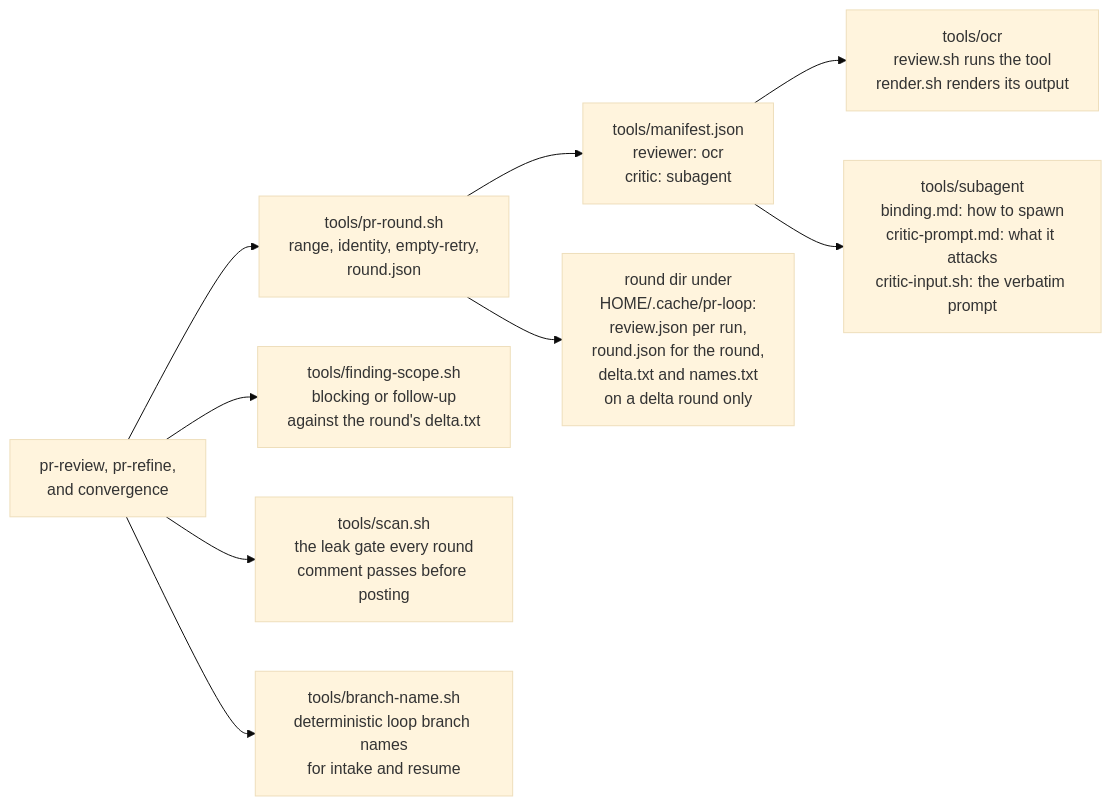
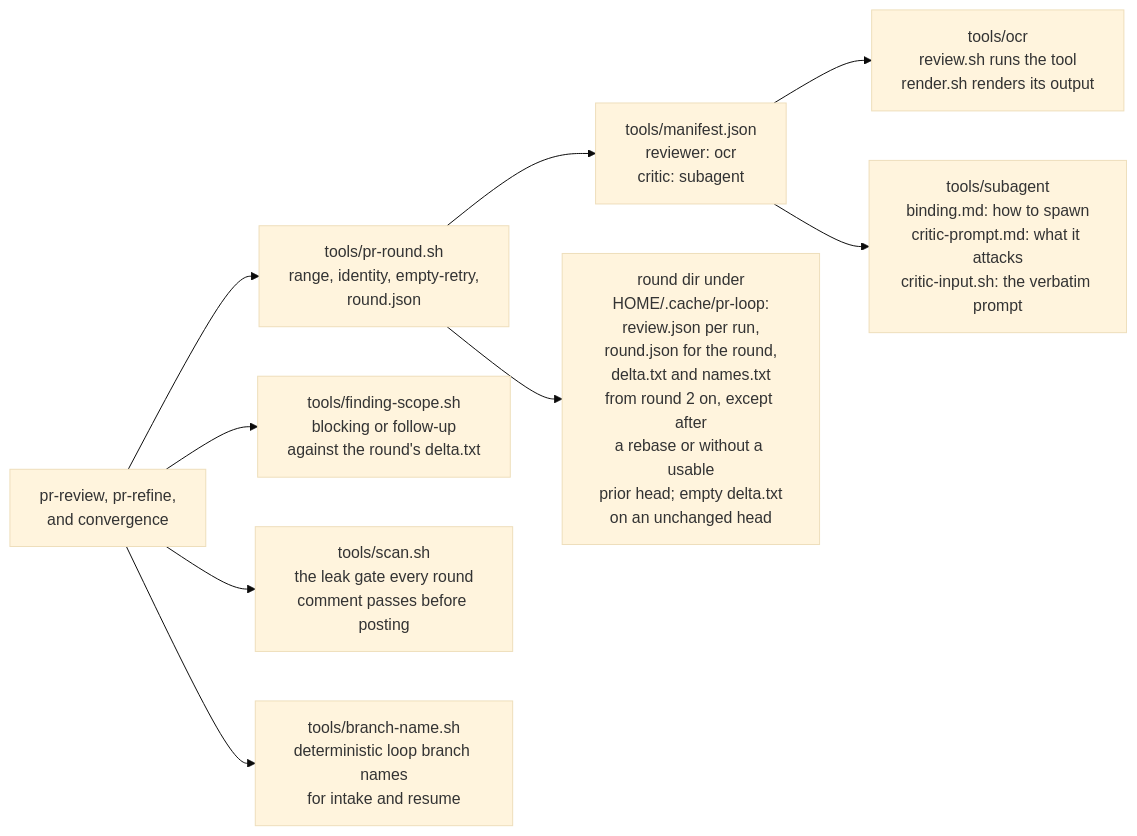
Before and after one commit to ryankanno/dotfiles: the second of 2 diagrams in dot_claude/skills/issue-to-pr/flow.md, drawn with Mermaid (base theme). The commit also changed 1 other file, not shown here.

Commit message:
docs(claude): say when a round writes delta.txt
Review round 2 on PR #42 found flow.md wrong: it said delta.txt and
names.txt exist on a delta round only, but an unchanged-head round
writes an empty delta.txt, and that empty file is what makes its
findings read as reviewed. The pr-round.sh header made the same claim.
Both now say the files exist from round 2 on, except after a rebase or
without a usable prior head, with an empty delta.txt on an unchanged
head.

Claude-Session: https://claude.ai/code/session_01MhPLxv51FfhsuWHY2W8QLA

````diff
--- a/dot_claude/skills/issue-to-pr/flow.md
+++ b/dot_claude/skills/issue-to-pr/flow.md
@@ -79,11 +79,11 @@
 ```mermaid
 flowchart LR
     S["pr-review, pr-refine,<br/>and convergence"] --> P["tools/pr-round.sh<br/>range, identity, empty-retry,<br/>round.json"]
     P --> M["tools/manifest.json<br/>reviewer: ocr<br/>critic: subagent"]
     S --> FS["tools/finding-scope.sh<br/>blocking or follow-up<br/>against the round's delta.txt"]
     M --> R["tools/ocr<br/>review.sh runs the tool<br/>render.sh renders its output"]
     M --> C["tools/subagent<br/>binding.md: how to spawn<br/>critic-prompt.md: what it attacks<br/>critic-input.sh: the verbatim prompt"]
-    P --> O["round dir under<br/>HOME/.cache/pr-loop:<br/>review.json per run,<br/>round.json for the round,<br/>delta.txt and names.txt<br/>on a delta round only"]
+    P --> O["round dir under<br/>HOME/.cache/pr-loop:<br/>review.json per run,<br/>round.json for the round,<br/>delta.txt and names.txt<br/>from round 2 on, except after<br/>a rebase or without a usable<br/>prior head; empty delta.txt<br/>on an unchanged head"]
     S --> SC["tools/scan.sh<br/>the leak gate every round<br/>comment passes before posting"]
     S --> BN["tools/branch-name.sh<br/>deterministic loop branch names<br/>for intake and resume"]
 ```
````
